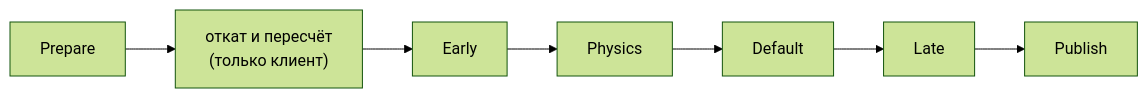
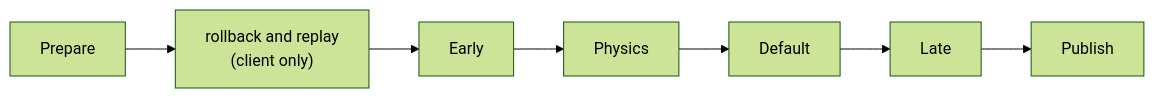
The fourth of 8 diagrams in README.md (pndte/match-please), drawn with Mermaid (forest theme) before and after one commit. The commit also changed other lines of this file, not shown here.

````diff
--- a/README.md
+++ b/README.md
@@ -578,9 +486,9 @@
 ```mermaid
 flowchart LR
-    P["Prepare"] --> R["откат и пересчёт<br/>(только клиент)"]
+    P["Prepare"] --> R["rollback and replay<br/>(client only)"]
     R --> E["Early"]
     E --> PH["Physics"]
     PH --> D["Default"]
     D --> L["Late"]
     L --> PB["Publish"]
 ```
````
